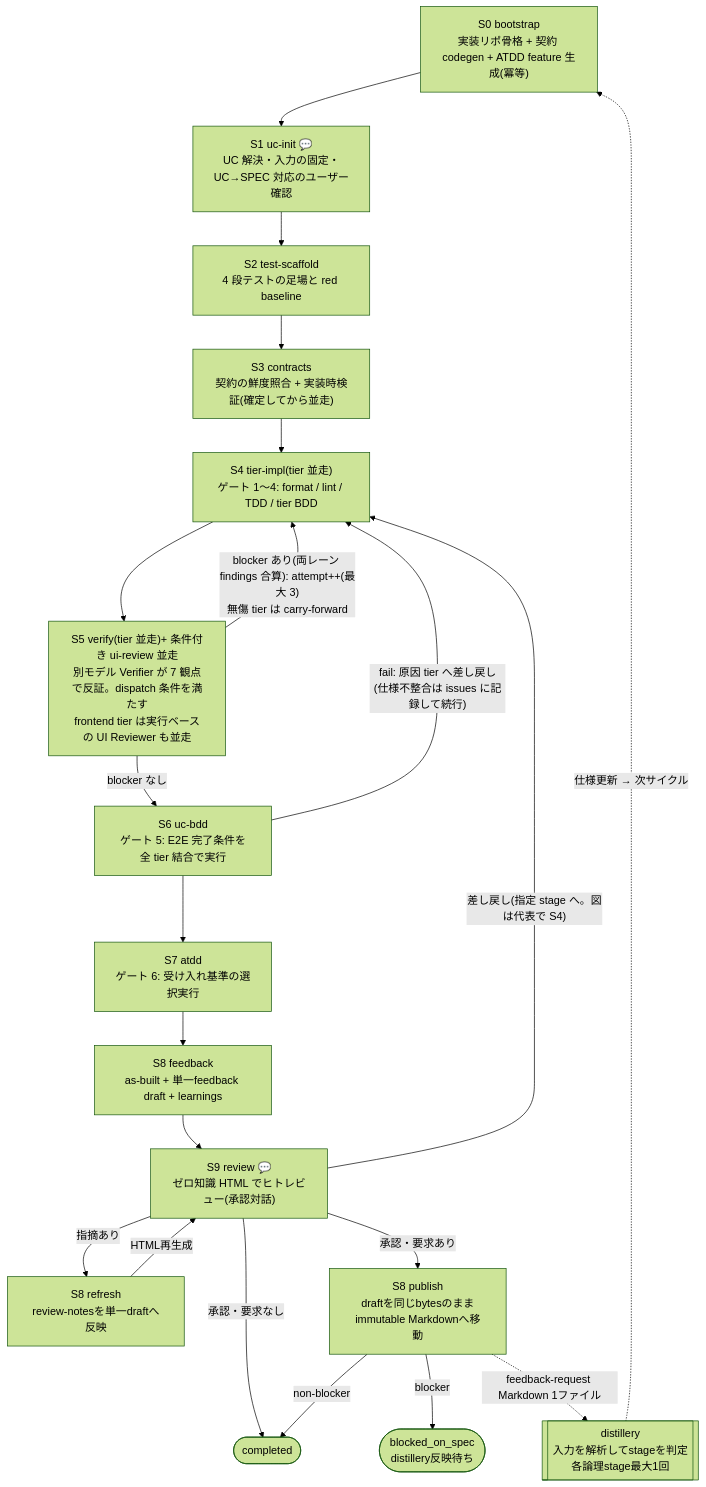
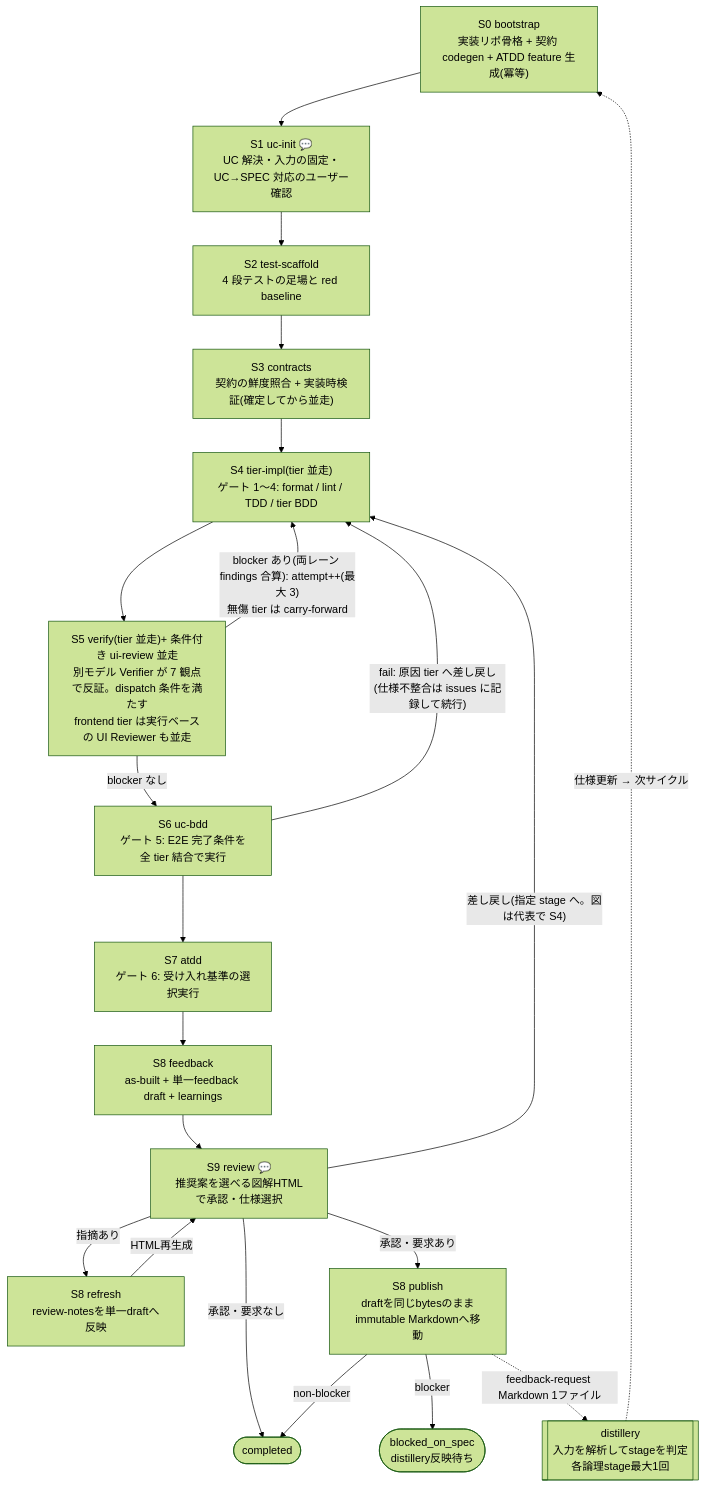
Before and after one commit to suwa-sh/suwa-sh-claude-plugins: the diagram in plugins/distillery-impl/README.md, drawn with Mermaid (forest theme). The commit also changed other lines of this file and 16 other files, not shown here.

````diff
--- a/plugins/distillery-impl/README.md
+++ b/plugins/distillery-impl/README.md
@@ -35,33 +35,33 @@
 ```mermaid
 flowchart TD
     S0["S0 bootstrap<br/>実装リポ骨格 + 契約 codegen + ATDD feature 生成(冪等)"]
     S1["S1 uc-init 💬<br/>UC 解決・入力の固定・UC→SPEC 対応のユーザー確認"]
     S2["S2 test-scaffold<br/>4 段テストの足場と red baseline"]
     S3["S3 contracts<br/>契約の鮮度照合 + 実装時検証(確定してから並走)"]
     S4["S4 tier-impl(tier 並走)<br/>ゲート 1〜4: format / lint / TDD / tier BDD"]
     S5["S5 verify(tier 並走)+ 条件付き ui-review 並走<br/>別モデル Verifier が 7 観点で反証。dispatch 条件を満たす<br/>frontend tier は実行ベースの UI Reviewer も並走"]
     S6["S6 uc-bdd<br/>ゲート 5: E2E 完了条件を全 tier 結合で実行"]
     S7["S7 atdd<br/>ゲート 6: 受け入れ基準の選択実行"]
     S8["S8 feedback<br/>as-built + 単一feedback draft + learnings"]
-    S9["S9 review 💬<br/>ゼロ知識 HTML でヒトレビュー(承認対話)"]
+    S9["S9 review 💬<br/>推奨案を選べる図解HTMLで承認・仕様選択"]
     REFRESH["S8 refresh<br/>review-notesを単一draftへ反映"]
     PUBLISH["S8 publish<br/>draftを同じbytesのまま<br/>immutable Markdownへ移動"]
     DONE(["completed"])
     BLOCKED(["blocked_on_spec<br/>distillery反映待ち"])
     DIST[["distillery<br/>入力を解析してstageを判定<br/>各論理stage最大1回"]]
 
     S0 --> S1 --> S2 --> S3 --> S4 --> S5
     S5 -->|"blocker あり(両レーン findings 合算): attempt++(最大 3)<br/>無傷 tier は carry-forward"| S4
     S5 -->|blocker なし| S6
     S6 -->|"fail: 原因 tier へ差し戻し<br/>(仕様不整合は issues に記録して続行)"| S4
     S6 --> S7 --> S8 --> S9
     S9 -->|"差し戻し(指定 stage へ。図は代表で S4)"| S4
     S9 -->|"承認・要求なし"| DONE
     S9 -->|"承認・要求あり"| PUBLISH
     S9 -->|"指摘あり"| REFRESH
     REFRESH -->|"HTML再生成"| S9
     PUBLISH -->|"non-blocker"| DONE
     PUBLISH -->|"blocker"| BLOCKED
     PUBLISH -.->|feedback-request Markdown 1ファイル| DIST
     DIST -.->|仕様更新 → 次サイクル| S0
 ```
````
